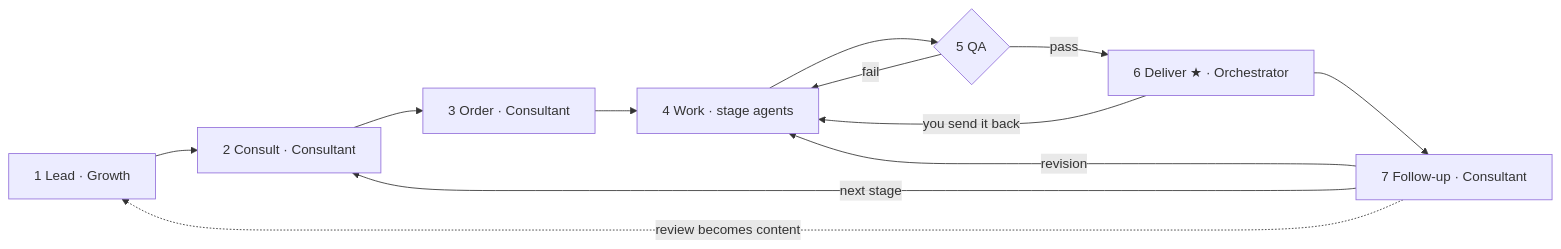
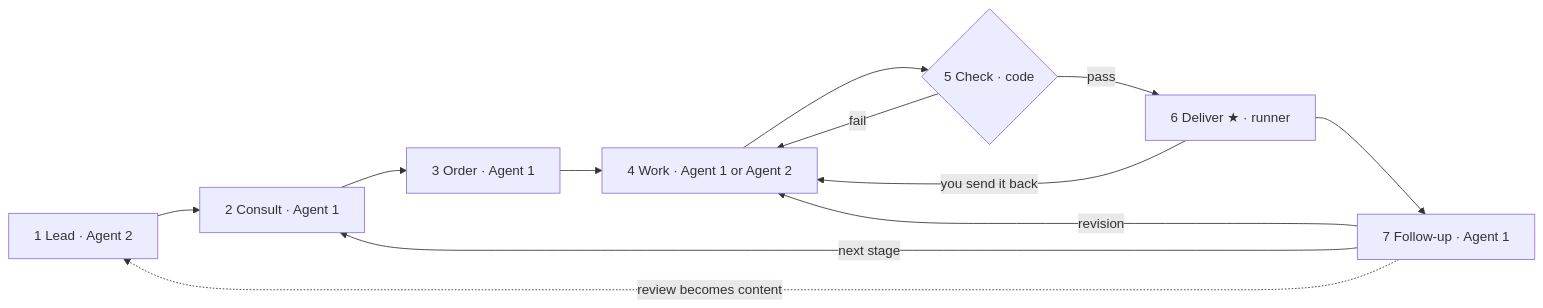
One commit to kakssjs/3dfangwu changed the second of 4 diagrams in WORKFLOW.md. Above: the diagram before and after it, drawn with Mermaid. The commit also changed other lines of this file and 31 other files, not shown here.

````diff
--- a/WORKFLOW.md
+++ b/WORKFLOW.md
@@ -247,14 +266,14 @@
 ```mermaid
 flowchart LR
-    A["1 Lead · Growth"] --> B["2 Consult · Consultant"]
-    B --> C["3 Order · Consultant"]
-    C --> D["4 Work · stage agents"]
-    D --> E{"5 QA"}
+    A["1 Lead · Agent 2"] --> B["2 Consult · Agent 1"]
+    B --> C["3 Order · Agent 1"]
+    C --> D["4 Work · Agent 1 or Agent 2"]
+    D --> E{"5 Check · code"}
     E -->|fail| D
-    E -->|pass| F["6 Deliver ★ · Orchestrator"]
+    E -->|pass| F["6 Deliver ★ · runner"]
     F -->|you send it back| D
-    F --> G["7 Follow-up · Consultant"]
+    F --> G["7 Follow-up · Agent 1"]
     G -->|revision| D
     G -->|next stage| B
     G -.->|review becomes content| A
 ```
````
